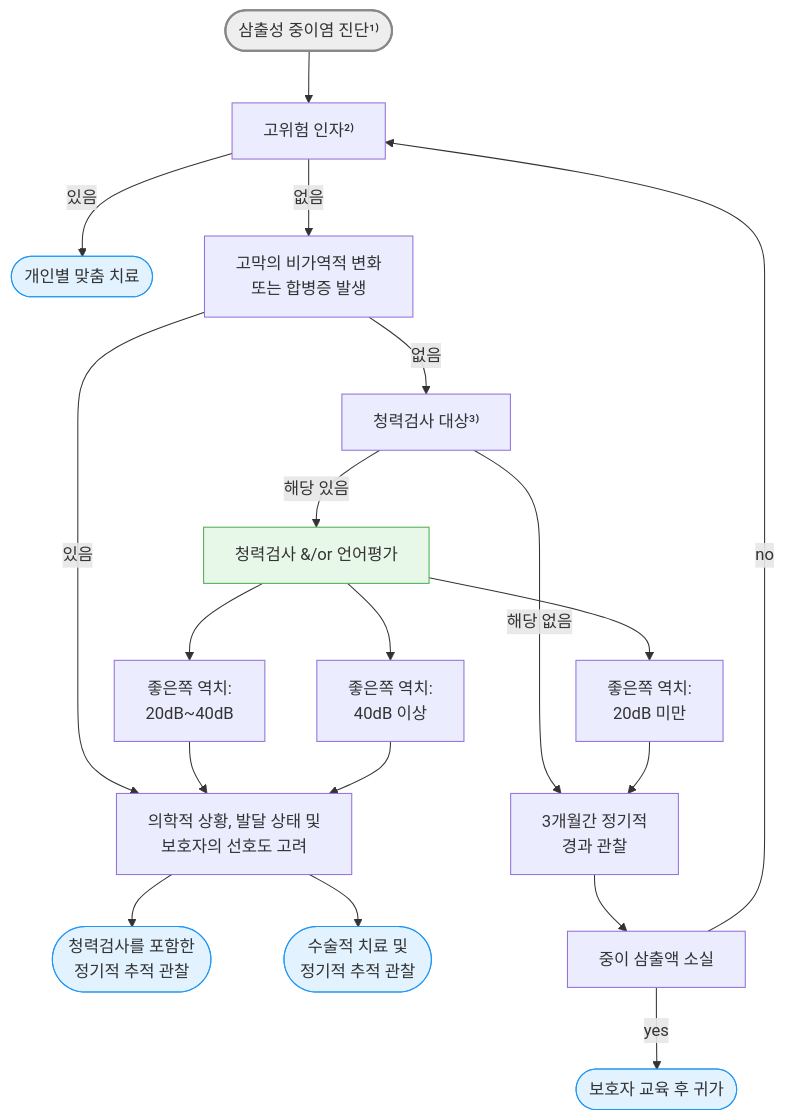
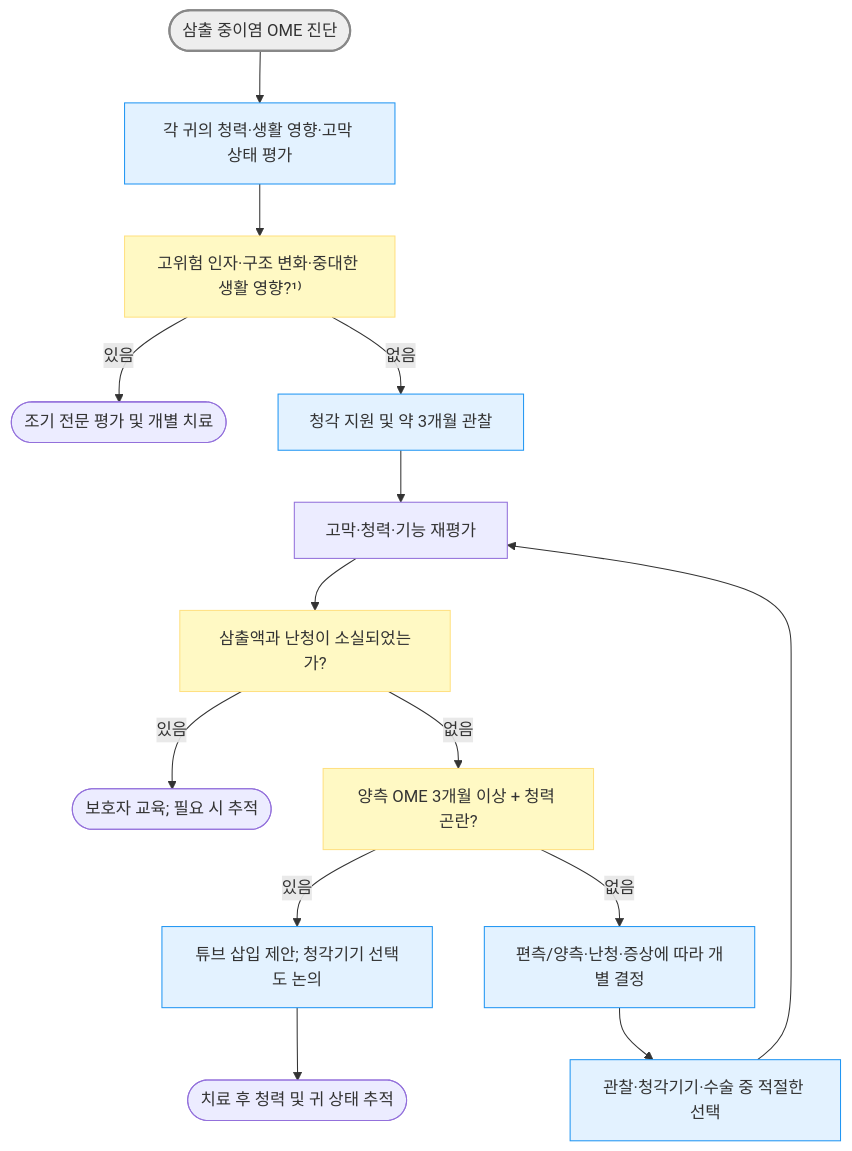
The fourth of 4 diagrams in 222_/048_-otitis-media.md (familyoh77/familyoh77), drawn with Mermaid before and after one commit. The commit also changed other lines of this file, not shown here.

````diff
--- a/222_/048_-otitis-media.md
+++ b/222_/048_-otitis-media.md
@@ -609,28 +615,21 @@
 ```mermaid
 graph TD
-    Start(["삼출성 중이염 진단¹⁾"])
-    Risk["고위험 인자²⁾"]
-    Start --> Risk
-    Risk -- 있음 --> Custom(["개인별 맞춤 치료"])
-    Risk -- 없음 --> Irreversible["고막의 비가역적 변화<br/>또는 합병증 발생"]
-    Irreversible -- 있음 --> Decision["의학적 상황, 발달 상태 및<br/>보호자의 선호도 고려"]
-    Irreversible -- 없음 --> Target["청력검사 대상³⁾"]
-    Target -- 해당 없음 --> Observation["3개월간 정기적<br/>경과 관찰"]
-    Target -- 해당 있음 --> Evaluation["청력검사 &/or 언어평가"]
-    Evaluation --> Result1["좋은쪽 역치:<br/>20dB 미만"]
-    Evaluation --> Result2["좋은쪽 역치:<br/>20dB~40dB"]
-    Evaluation --> Result3["좋은쪽 역치:<br/>40dB 이상"]
-    Result1 --> Observation
-    Result2 --> Decision
-    Result3 --> Decision
-    Decision --> Plan1(["청력검사를 포함한<br/>정기적 추적 관찰"])
-    Decision --> Plan2(["수술적 치료 및<br/>정기적 추적 관찰"])
-    Observation --> Disappear["중이 삼출액 소실"]
-    Disappear -- yes --> Home(["보호자 교육 후 귀가"])
-    Disappear -- no --> Risk
-style Evaluation     fill:#e8f8e8,stroke:#4caf50
-style Start  fill:#eeeeee,stroke:#888888,stroke-width:2px
-classDef sky fill:#e3f2ff,stroke:#2196f3
-class Custom,Plan1,Plan2,Home sky
-    
+    Start(["삼출 중이염 OME 진단"]) --> Eval["각 귀의 청력·생활 영향·고막 상태 평가"]
+    Eval --> Risk["고위험 인자·구조 변화·중대한 생활 영향?¹⁾"]
+    Risk -- 있음 --> Early(["조기 전문 평가 및 개별 치료"])
+    Risk -- 없음 --> Observe["청각 지원 및 약 3개월 관찰"]
+    Observe --> Review["고막·청력·기능 재평가"]
+    Review --> Gone["삼출액과 난청이 소실되었는가?"]
+    Gone -- 있음 --> End(["보호자 교육; 필요 시 추적"])
+    Gone -- 없음 --> Bilateral["양측 OME 3개월 이상 + 청력 곤란?"]
+    Bilateral -- 있음 --> Offer["튜브 삽입 제안; 청각기기 선택도 논의"]
+    Bilateral -- 없음 --> Tailor["편측/양측·난청·증상에 따라 개별 결정"]
+    Offer --> Follow(["치료 후 청력 및 귀 상태 추적"])
+    Tailor --> Plan["관찰·청각기기·수술 중 적절한 선택"]
+    Plan --> Review
+    style Start fill:#eeeeee,stroke:#888888,stroke-width:2px
+    classDef sky fill:#e3f2ff,stroke:#2196f3
+    class Eval,Observe,Offer,Tailor,Plan sky
+    classDef q fill:#fff9c4,stroke:#ffe082
+    class Risk,Gone,Bilateral q
 ```
````
